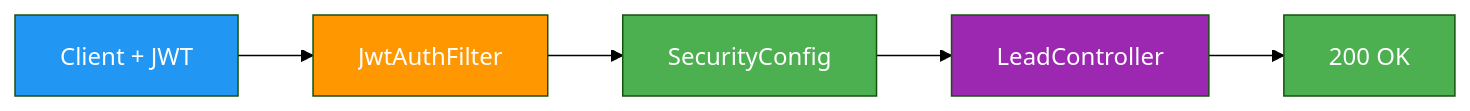
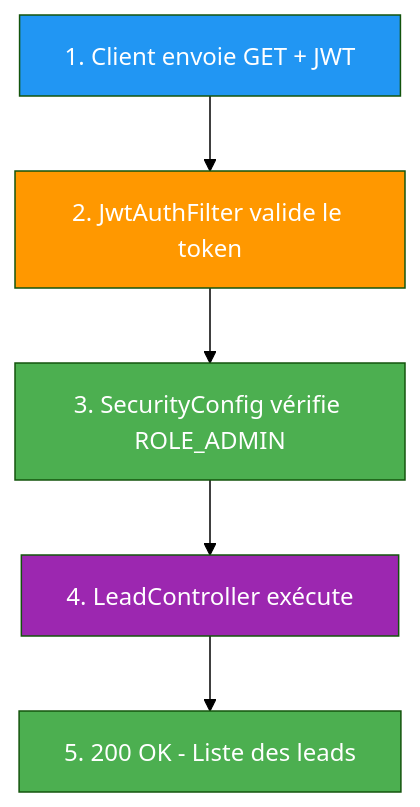
One commit to hrhouma1/inskillflow-docs-formation-spring-boot-projet-e-contact-backend changed diagram 25 of 33 in cours/24-security-config-detail.md. Above: the diagram before and after it, drawn with Mermaid (forest theme). The commit also changed other lines of this file and 1 other file, not shown here.

Commit message:
Diagrammes en vertical (TB) - un en bas de l'autre pour meilleure lisibilite

````diff
--- a/cours/24-security-config-detail.md
+++ b/cours/24-security-config-detail.md
@@ -1118,13 +1119,14 @@
 ```mermaid
-graph LR
-    A["Client + JWT"] --> B["JwtAuthFilter"]
-    B --> C["SecurityConfig"]
-    C --> D["LeadController"]
-    D --> E["200 OK"]
+graph TB
+    A["1. Client envoie GET + JWT"] 
+    A --> B["2. JwtAuthFilter valide le token"]
+    B --> C["3. SecurityConfig vérifie ROLE_ADMIN"]
+    C --> D["4. LeadController exécute"]
+    D --> E["5. 200 OK - Liste des leads"]
     
     style A fill:#2196F3,color:#fff
     style B fill:#FF9800,color:#fff
     style C fill:#4CAF50,color:#fff
     style D fill:#9C27B0,color:#fff
     style E fill:#4CAF50,color:#fff
 ```
````
